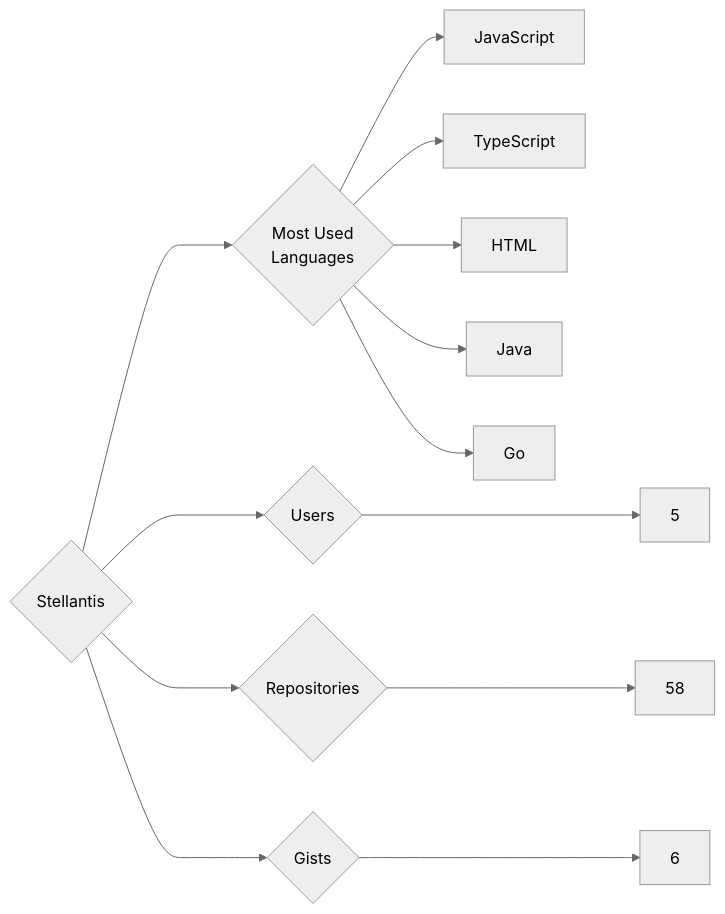
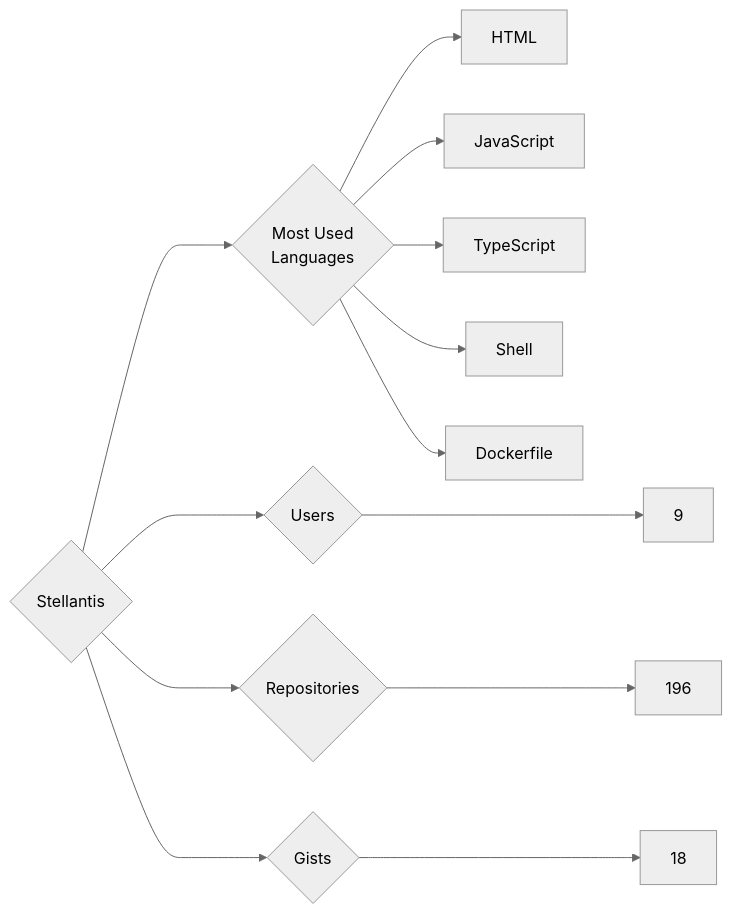
One commit to trickest/insiders changed the diagram in targets/Stellantis/README.md. Above: the diagram before and after it, drawn with Mermaid (neutral theme). The commit also changed 1696 other files, not shown here.

````diff
--- a/targets/Stellantis/README.md
+++ b/targets/Stellantis/README.md
@@ -3,13 +3,13 @@
 ```mermaid
 graph LR
 COMPANY_NAME{Stellantis}
-COMPANY_NAME ---> U{Users} ---> UN[5]
-COMPANY_NAME ---> R{Repositories} ---> RN[58]
-COMPANY_NAME ---> G{Gists} ---> GN[6]
+COMPANY_NAME ---> U{Users} ---> UN[9]
+COMPANY_NAME ---> R{Repositories} ---> RN[196]
+COMPANY_NAME ---> G{Gists} ---> GN[18]
 COMPANY_NAME ---> ML{Most Used<br>Languages}
+ML --> HTML[HTML]
 ML --> JavaScript[JavaScript]
 ML --> TypeScript[TypeScript]
-ML --> HTML[HTML]
-ML --> Java[Java]
-ML --> Go[Go]
+ML --> Shell[Shell]
+ML --> Dockerfile[Dockerfile]
 ```
````
